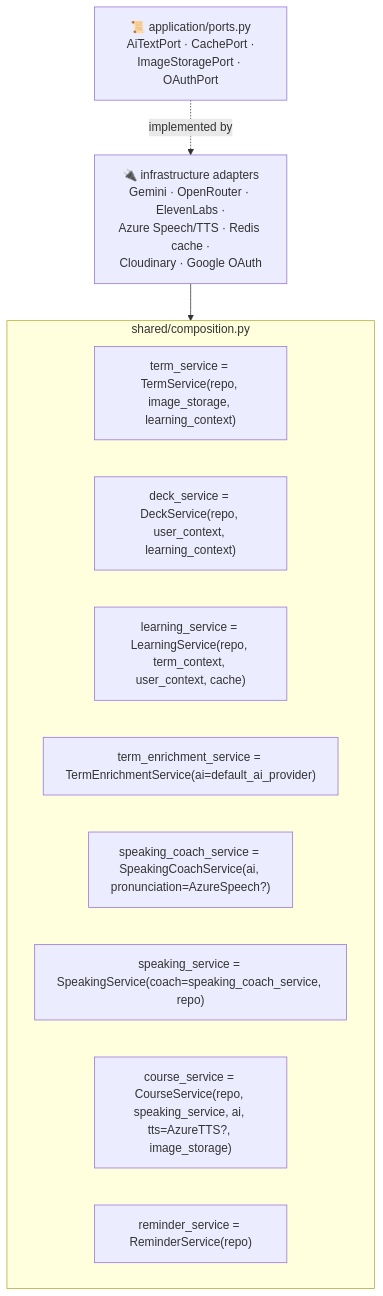
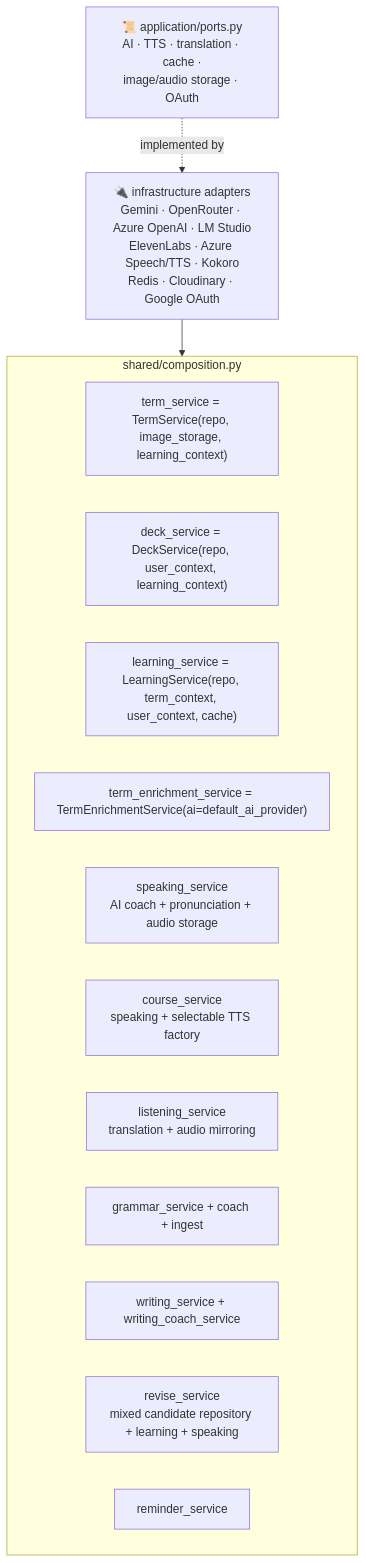
The fourth of 18 diagrams in ARCHITECTURE.md (ngovandong/flashlearn), drawn with Mermaid before and after one commit. The commit also changed other lines of this file and 453 other files, not shown here.

````diff
--- a/ARCHITECTURE.md
+++ b/ARCHITECTURE.md
@@ -265,19 +291,22 @@
 ```mermaid
 flowchart TB
     subgraph compose["shared/composition.py"]
         TS["term_service = TermService(repo, image_storage, learning_context)"]
         DS["deck_service = DeckService(repo, user_context, learning_context)"]
         LS["learning_service = LearningService(repo, term_context, user_context, cache)"]
         TE["term_enrichment_service = TermEnrichmentService(ai=default_ai_provider)"]
-        SC["speaking_coach_service = SpeakingCoachService(ai, pronunciation=AzureSpeech?)"]
-        SS["speaking_service = SpeakingService(coach=speaking_coach_service, repo)"]
-        CS["course_service = CourseService(repo, speaking_service, ai, tts=AzureTTS?, image_storage)"]
-        RS["reminder_service = ReminderService(repo)"]
+        SC["speaking_service<br/>AI coach + pronunciation + audio storage"]
+        CS["course_service<br/>speaking + selectable TTS factory"]
+        Listen["listening_service<br/>translation + audio mirroring"]
+        Grammar["grammar_service + coach + ingest"]
+        Writing["writing_service + writing_coach_service"]
+        Revise["revise_service<br/>mixed candidate repository + learning + speaking"]
+        RS["reminder_service"]
     end
 
-    Ports["📜 application/ports.py<br/>AiTextPort · CachePort ·<br/>ImageStoragePort · OAuthPort"]
-    Adapters["🔌 infrastructure adapters<br/>Gemini · OpenRouter · ElevenLabs ·<br/>Azure Speech/TTS · Redis cache ·<br/>Cloudinary · Google OAuth"]
+    Ports["📜 application/ports.py<br/>AI · TTS · translation · cache ·<br/>image/audio storage · OAuth"]
+    Adapters["🔌 infrastructure adapters<br/>Gemini · OpenRouter · Azure OpenAI · LM Studio<br/>ElevenLabs · Azure Speech/TTS · Kokoro<br/>Redis · Cloudinary · Google OAuth"]
 
     Ports -. implemented by .-> Adapters
     Adapters --> compose
 ```
````
